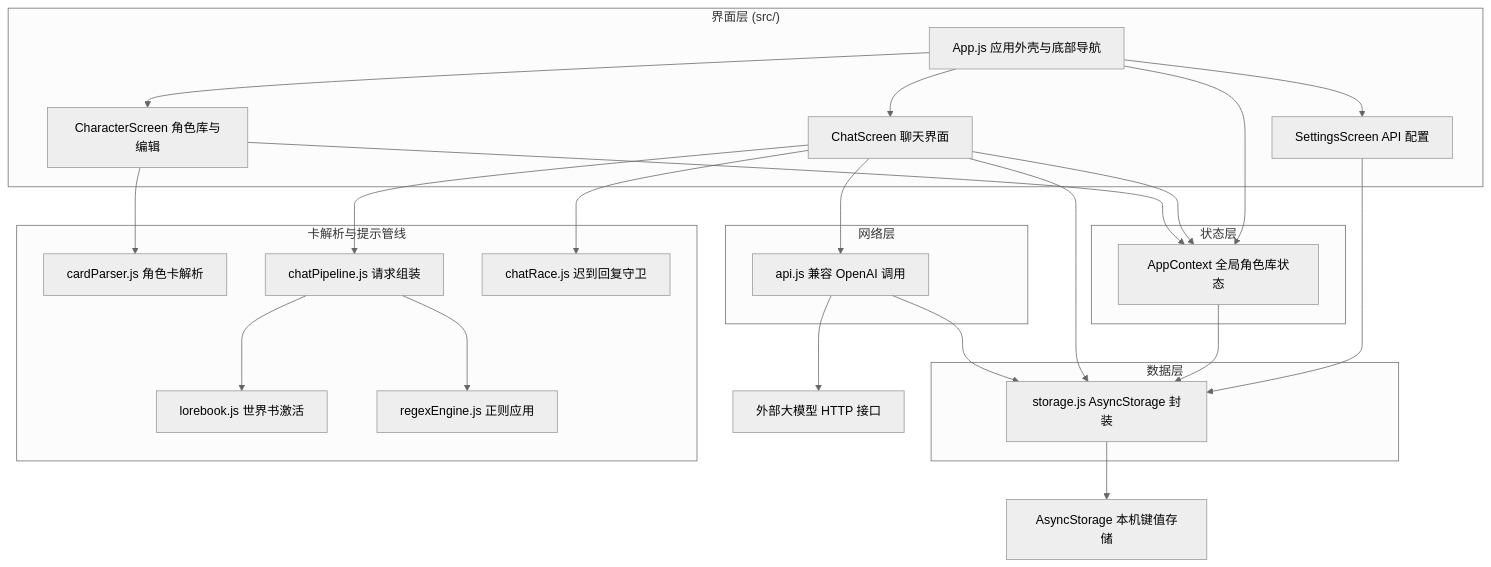
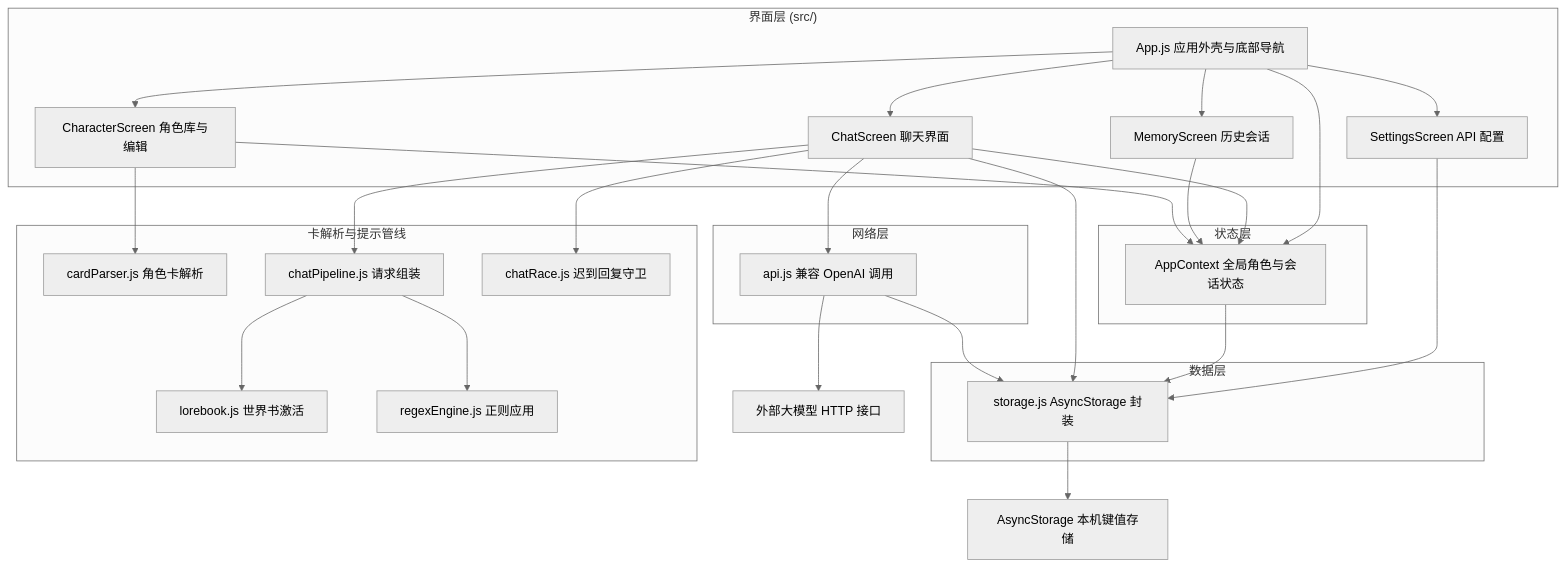
One commit to pppxxxy/easychat2 changed the first of 3 diagrams in .monkeycode/docs/ARCHITECTURE.md. Above: the diagram before and after it, drawn with Mermaid (neutral theme). The commit also changed other lines of this file and 7 other files, not shown here.

First line of the commit message:
feat: add memory screen and wire session startup

````diff
--- a/.monkeycode/docs/ARCHITECTURE.md
+++ b/.monkeycode/docs/ARCHITECTURE.md
@@ -154,46 +163,49 @@
 ```mermaid
 flowchart TB
     subgraph UI["界面层 (src/)"]
         App["App.js 应用外壳与底部导航"]
         Chat["ChatScreen 聊天界面"]
+        Memory["MemoryScreen 历史会话"]
         Character["CharacterScreen 角色库与编辑"]
         Settings["SettingsScreen API 配置"]
     end
     subgraph STATE["状态层"]
-        Context["AppContext 全局角色库状态"]
+        Context["AppContext 全局角色与会话状态"]
     end
     subgraph DATA["数据层"]
         Storage["storage.js AsyncStorage 封装"]
     end
     subgraph PIPE["卡解析与提示管线"]
         Parser["cardParser.js 角色卡解析"]
         Lore["lorebook.js 世界书激活"]
         Regex["regexEngine.js 正则应用"]
         Pipeline["chatPipeline.js 请求组装"]
         Race["chatRace.js 迟到回复守卫"]
     end
     subgraph NET["网络层"]
         Api["api.js 兼容 OpenAI 调用"]
     end
     Device["AsyncStorage 本机键值存储"]
     LLM["外部大模型 HTTP 接口"]
 
     App --> Chat
+    App --> Memory
     App --> Character
     App --> Settings
     App --> Context
     Chat --> Context
+    Memory --> Context
     Character --> Context
     Settings --> Storage
     Context --> Storage
     Chat --> Storage
     Chat --> Pipeline
     Character --> Parser
     Pipeline --> Lore
     Pipeline --> Regex
     Chat --> Api
     Chat --> Race
     Api --> Storage
     Storage --> Device
     Api --> LLM
 ```
````
